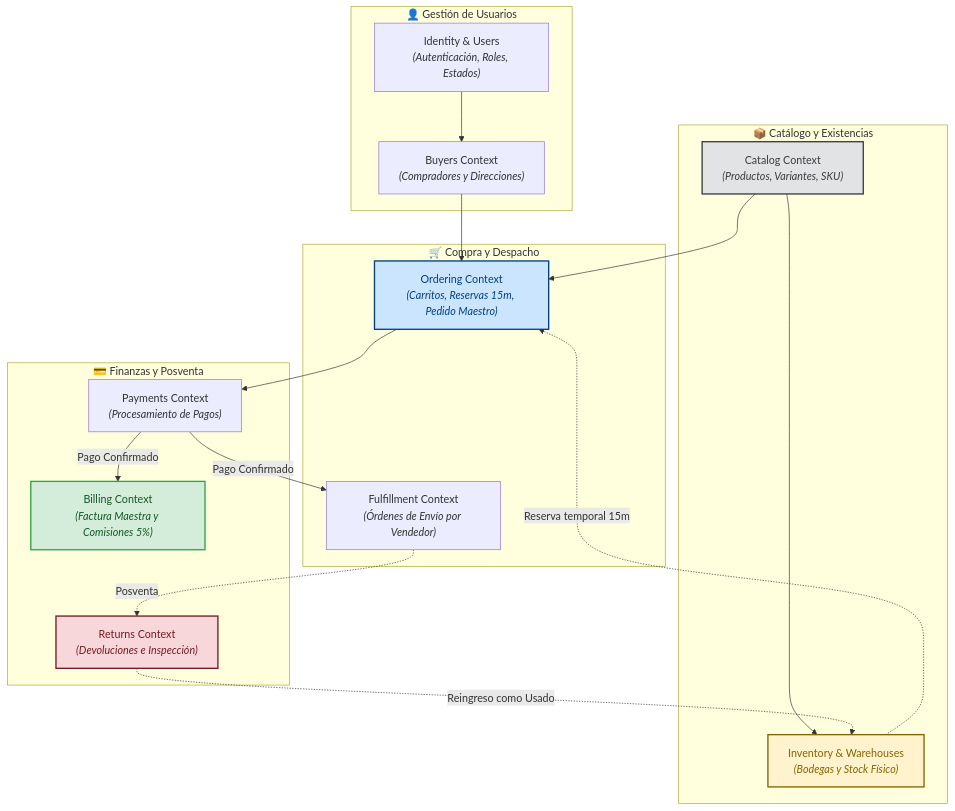
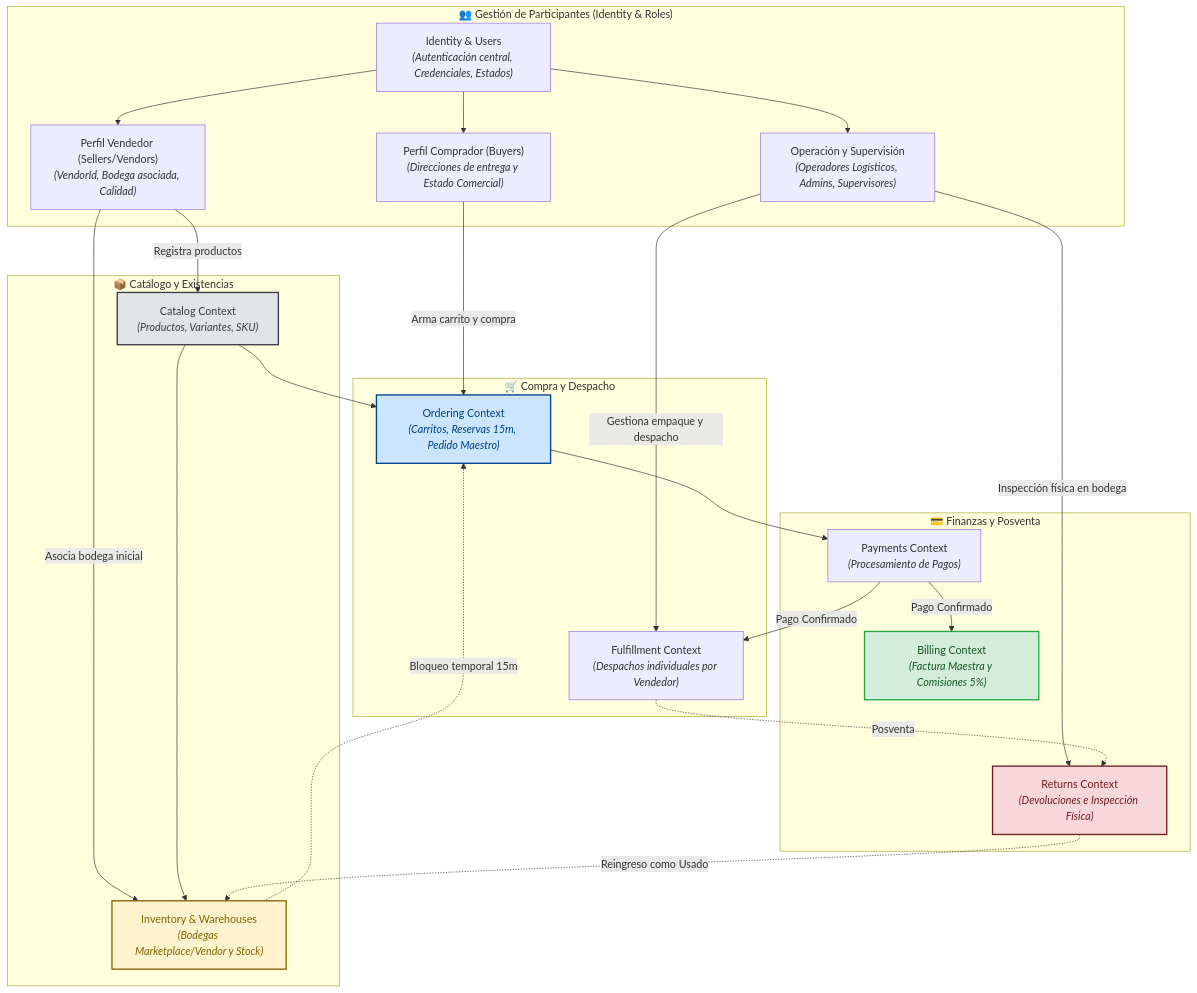
One commit to D-MachadoDev/Zentric changed the diagram in backendSDD/Domain/01-domain-overview.md. Above: the diagram before and after it, drawn with Mermaid. The commit also changed other lines of this file, not shown here.

Commit message:
docs(domain): articulate Sellers and Operations explicitly in bounded contexts and aggregate matrix

````diff
--- a/backendSDD/Domain/01-domain-overview.md
+++ b/backendSDD/Domain/01-domain-overview.md
@@ -22,40 +22,50 @@
 ```mermaid
 flowchart TD
-    subgraph IDENTIDAD["👤 Gestión de Usuarios"]
-        USERS["Identity & Users<br/><i>(Autenticación, Roles, Estados)</i>"]
-        BUYERS["Buyers Context<br/><i>(Compradores y Direcciones)</i>"]
+    subgraph IDENTIDAD["👥 Gestión de Participantes (Identity & Roles)"]
+        USERS["Identity & Users<br/><i>(Autenticación central, Credenciales, Estados)</i>"]
+        BUYERS["Perfil Comprador (Buyers)<br/><i>(Direcciones de entrega y Estado Comercial)</i>"]
+        SELLERS["Perfil Vendedor (Sellers/Vendors)<br/><i>(VendorId, Bodega asociada, Calidad)</i>"]
+        OPERATIONS["Operación y Supervisión<br/><i>(Operadores Logísticos, Admins, Supervisores)</i>"]
     end
 
     subgraph OFERTA["📦 Catálogo y Existencias"]
         CATALOG["Catalog Context<br/><i>(Productos, Variantes, SKU)</i>"]
-        INVENTORY["Inventory & Warehouses<br/><i>(Bodegas y Stock Físico)</i>"]
+        INVENTORY["Inventory & Warehouses<br/><i>(Bodegas Marketplace/Vendor y Stock)</i>"]
     end
 
     subgraph TRANSACCION["🛒 Compra y Despacho"]
         ORDERING["Ordering Context<br/><i>(Carritos, Reservas 15m, Pedido Maestro)</i>"]
-        FULFILLMENT["Fulfillment Context<br/><i>(Órdenes de Envío por Vendedor)</i>"]
+        FULFILLMENT["Fulfillment Context<br/><i>(Despachos individuales por Vendedor)</i>"]
     end
 
     subgraph FINANZAS["💳 Finanzas y Posventa"]
         PAYMENTS["Payments Context<br/><i>(Procesamiento de Pagos)</i>"]
         BILLING["Billing Context<br/><i>(Factura Maestra y Comisiones 5%)</i>"]
-        RETURNS["Returns Context<br/><i>(Devoluciones e Inspección)</i>"]
+        RETURNS["Returns Context<br/><i>(Devoluciones e Inspección Física)</i>"]
     end
 
     USERS --> BUYERS
+    USERS --> SELLERS
+    USERS --> OPERATIONS
+
+    SELLERS -->|Registra productos| CATALOG
+    SELLERS -->|Asocia bodega inicial| INVENTORY
     CATALOG --> INVENTORY
-    BUYERS --> ORDERING
+    BUYERS -->|Arma carrito y compra| ORDERING
     CATALOG --> ORDERING
-    INVENTORY -.->|Reserva temporal 15m| ORDERING
+    INVENTORY -.->|Bloqueo temporal 15m| ORDERING
+
     ORDERING --> PAYMENTS
     PAYMENTS -->|Pago Confirmado| FULFILLMENT
     PAYMENTS -->|Pago Confirmado| BILLING
+    OPERATIONS -->|Gestiona empaque y despacho| FULFILLMENT
+    OPERATIONS -->|Inspección física en bodega| RETURNS
     FULFILLMENT -.->|Posventa| RETURNS
     RETURNS -.->|Reingreso como Usado| INVENTORY
 
     style ORDERING fill:#cce5ff,stroke:#004085,stroke-width:2px,color:#004085
     style INVENTORY fill:#fff3cd,stroke:#856404,stroke-width:2px,color:#856404
     style BILLING fill:#d4edda,stroke:#28a745,stroke-width:2px,color:#155724
     style RETURNS fill:#f8d7da,stroke:#721c24,stroke-width:2px,color:#721c24
     style CATALOG fill:#e2e3e5,stroke:#383d41,stroke-width:2px,color:#383d41
 ```
````
